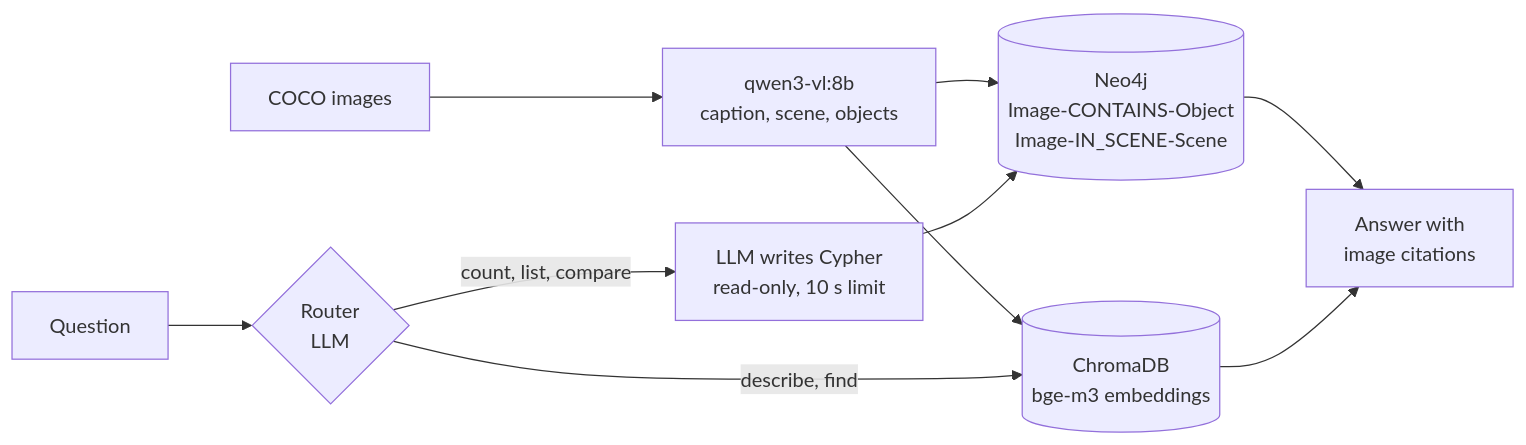
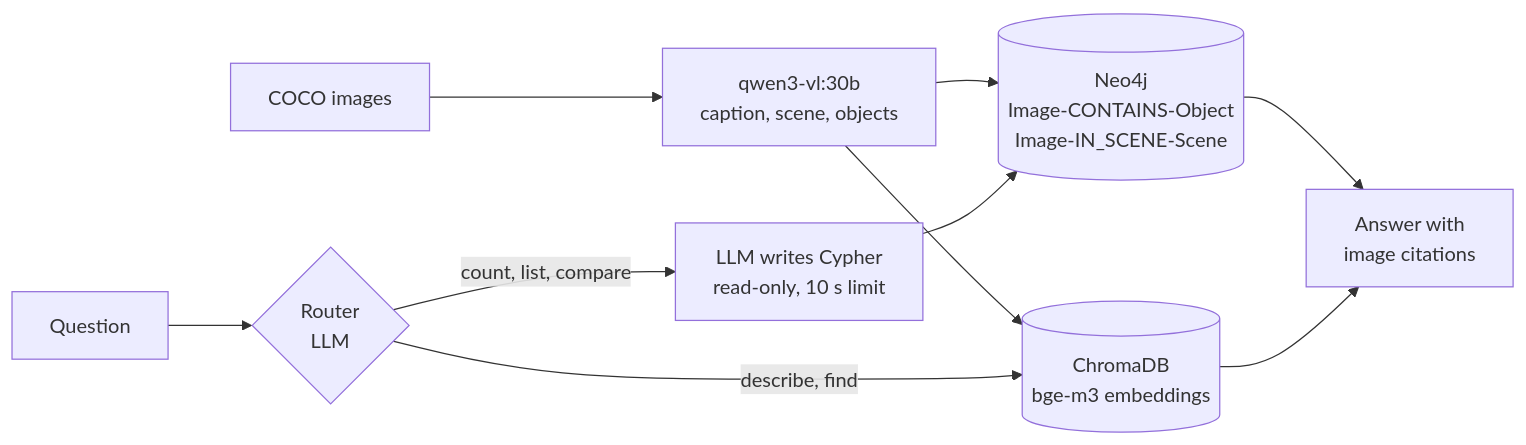
Before and after one commit to angestephane06/multimodal-graph-rag: the diagram in README.md, drawn with Mermaid. The commit also changed other lines of this file and 16 other files, not shown here.

Commit message:
Vision model study: dev split, 8 variants, qwen3-vl:30b retained, full re-evaluation on 500 images

````diff
--- a/README.md
+++ b/README.md
@@ -18,11 +18,11 @@
 ```mermaid
 flowchart LR
-    img[COCO images] --> vlm[qwen3-vl:8b<br/>caption, scene, objects]
+    img[COCO images] --> vlm[qwen3-vl:30b<br/>caption, scene, objects]
     vlm --> neo[(Neo4j<br/>Image-CONTAINS-Object<br/>Image-IN_SCENE-Scene)]
     vlm --> chroma[(ChromaDB<br/>bge-m3 embeddings)]
     q[Question] --> router{Router<br/>LLM}
     router -->|count, list, compare| cypher[LLM writes Cypher<br/>read-only, 10 s limit] --> neo
     router -->|describe, find| chroma
     neo --> synth[Answer with<br/>image citations]
     chroma --> synth
 ```
````
